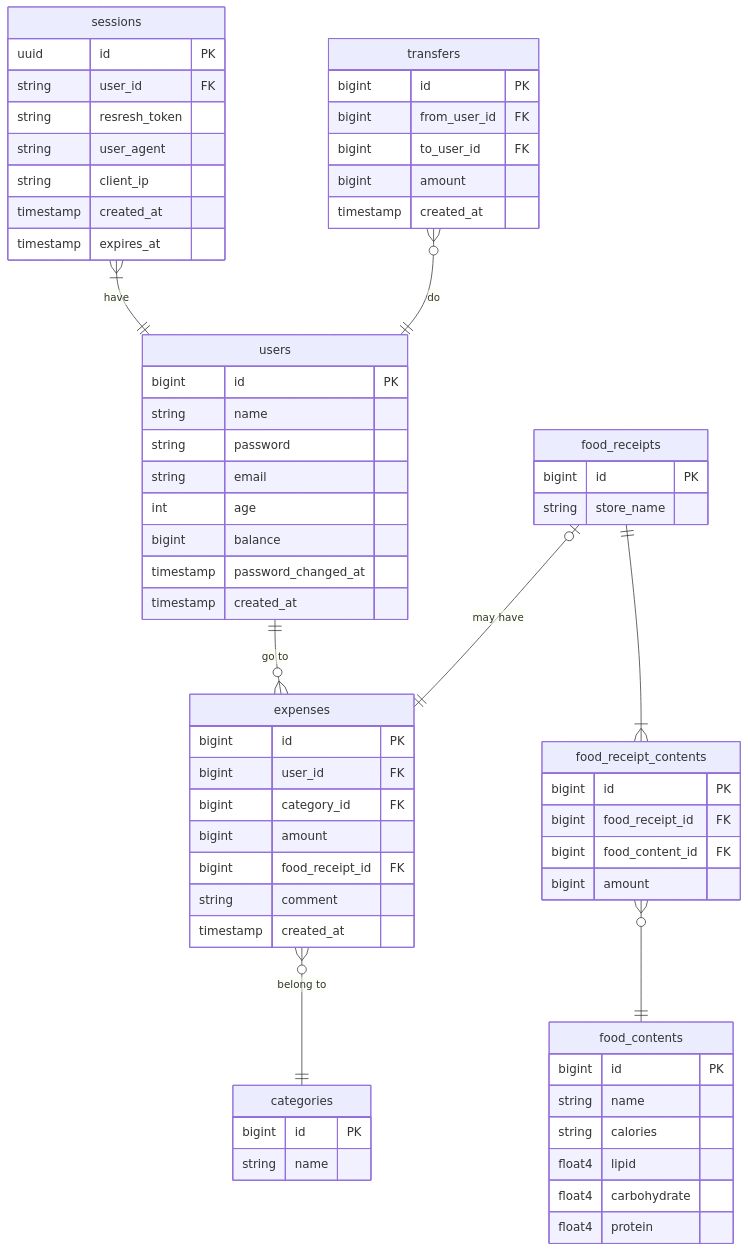
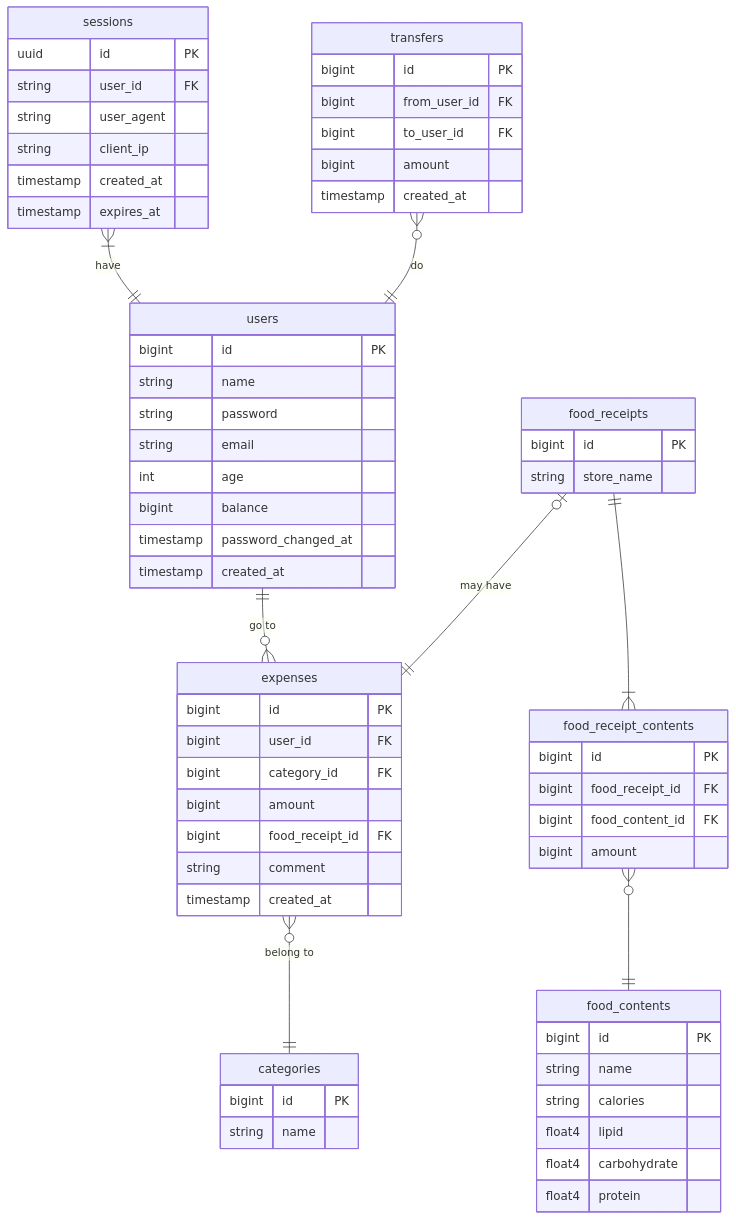
One commit to kokoichi206/account-book-api changed the diagram in docs/er.md. Above: the diagram before and after it, drawn with Mermaid. The commit also changed 5 other files, not shown here.

````diff
--- a/docs/er.md
+++ b/docs/er.md
@@ -3,76 +3,75 @@
 ```mermaid
 erDiagram
 
 users ||--o{ expenses: "go to"
 
 users {
 	bigint id PK
 	string name
 	string password
 	string email
 	int age
 	bigint balance
 	timestamp password_changed_at
 	timestamp created_at
 }
 
 sessions }|--||users : "have"
 sessions {
 	uuid id PK
 	string user_id FK
-	string resresh_token
 	string user_agent
 	string client_ip
 	timestamp created_at
 	timestamp expires_at
 }
 
 expenses {
 	bigint id PK
 	bigint user_id FK
 	bigint category_id FK
 	bigint amount
 	bigint food_receipt_id FK
 	string comment
 	timestamp created_at
 }
 
 expenses }o--||categories : "belong to"
 categories {
 	bigint id PK
 	string name
 }
 
 food_receipts |o--||expenses : "may have"
 food_receipts {
 	bigint id PK
 	string store_name
 }
 
 food_receipts ||--|{food_receipt_contents : ""
 food_receipt_contents {
 	bigint id PK
 	bigint food_receipt_id FK
 	bigint food_content_id FK
 	bigint amount
 }
 
 food_receipt_contents }o--||food_contents : ""
 food_contents {
 	bigint id PK
 	string name
 	string calories
 	float4 lipid
 	float4 carbohydrate
 	float4 protein
 }
 
 transfers }o--||users : do
 transfers {
 	bigint id PK
 	bigint from_user_id FK
 	bigint to_user_id FK
 	bigint amount
 	timestamp created_at
 }
 ```
````
